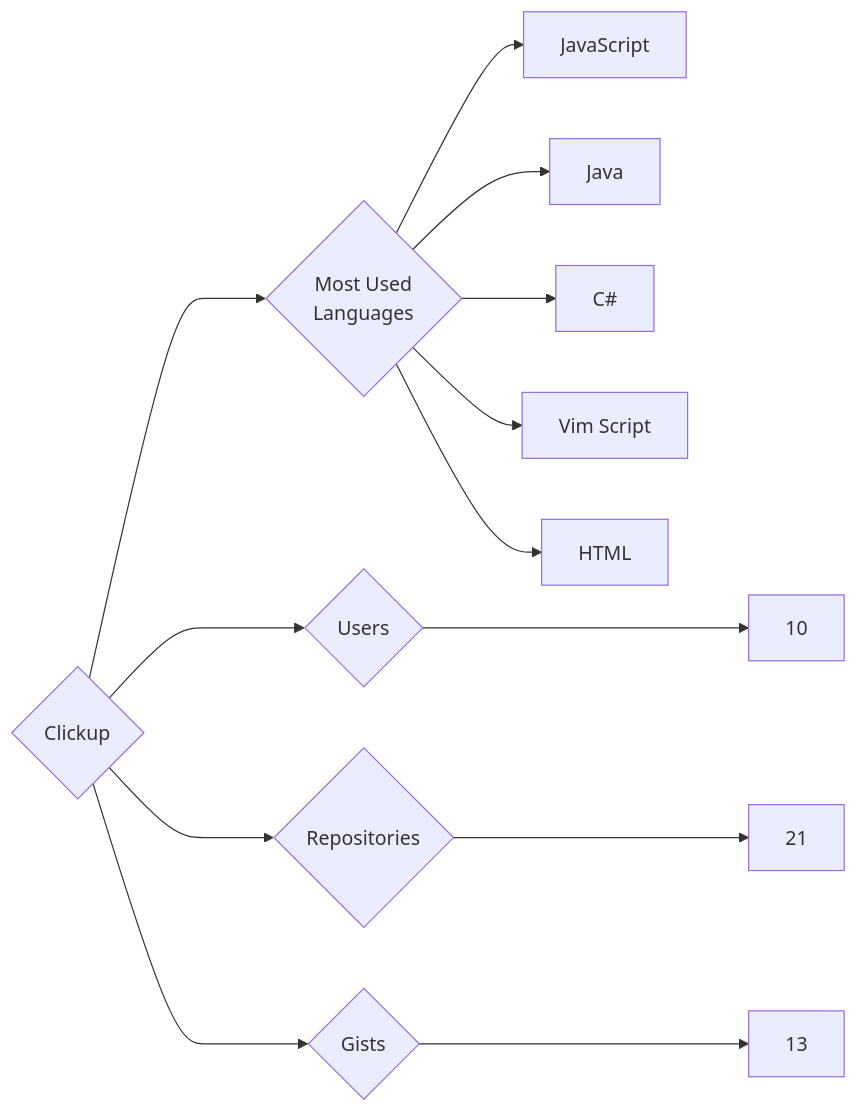
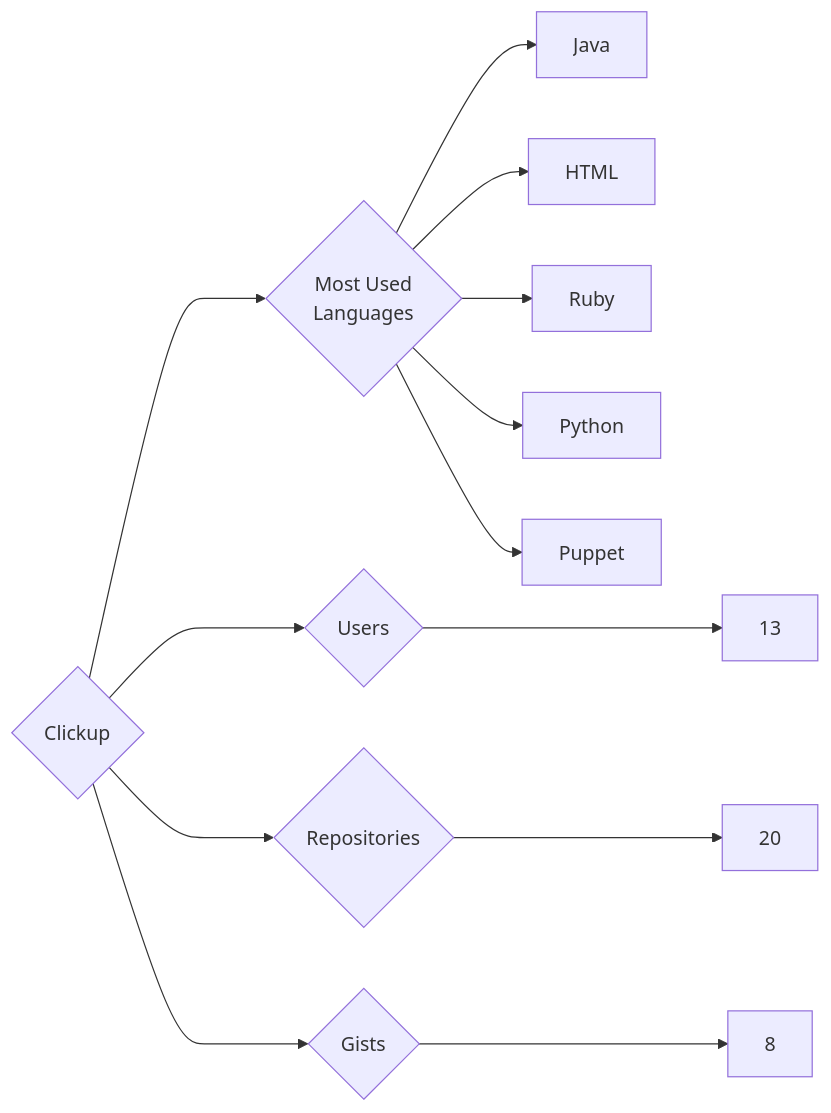
The diagram in targets/Clickup/README.md (trickest/insiders), drawn with Mermaid before and after one commit. The commit also changed 1238 other files, not shown here.

````diff
--- a/targets/Clickup/README.md
+++ b/targets/Clickup/README.md
@@ -3,13 +3,13 @@
 ```mermaid
 graph LR
 COMPANY_NAME{Clickup}
-COMPANY_NAME ---> U{Users} ---> UN[10]
-COMPANY_NAME ---> R{Repositories} ---> RN[21]
-COMPANY_NAME ---> G{Gists} ---> GN[13]
+COMPANY_NAME ---> U{Users} ---> UN[13]
+COMPANY_NAME ---> R{Repositories} ---> RN[20]
+COMPANY_NAME ---> G{Gists} ---> GN[8]
 COMPANY_NAME ---> ML{Most Used<br>Languages}
-ML --> JavaScript[JavaScript]
 ML --> Java[Java]
-ML --> C#[C#]
-ML --> Vim_Script[Vim Script]
 ML --> HTML[HTML]
+ML --> Ruby[Ruby]
+ML --> Python[Python]
+ML --> Puppet[Puppet]
 ```
````
